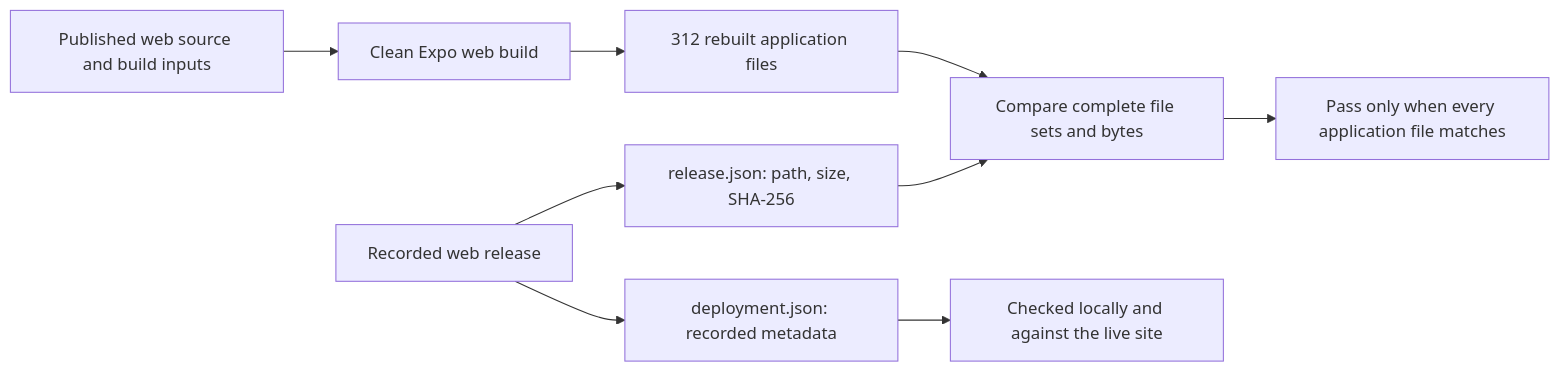
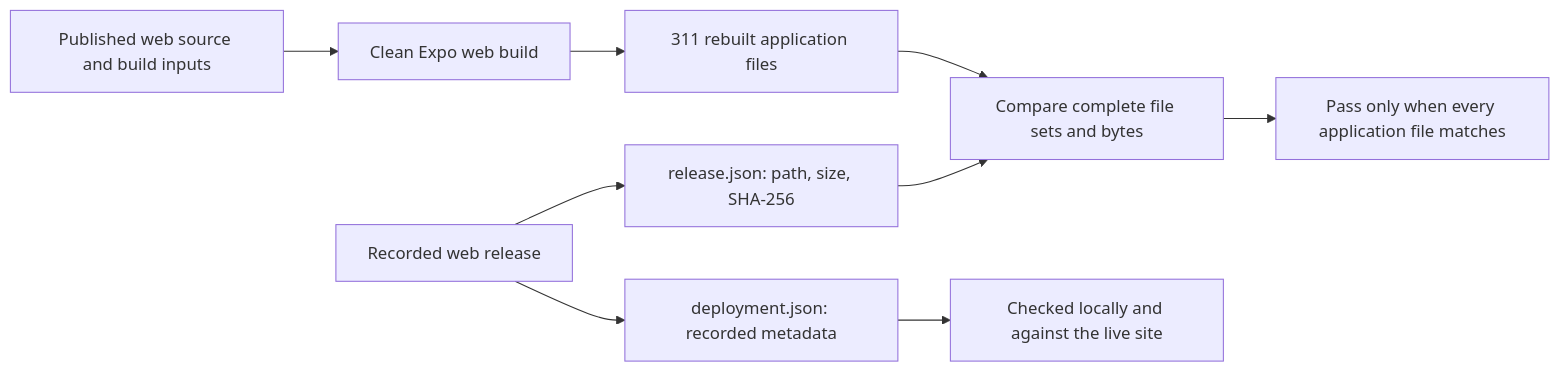
Before and after one commit to nuri-com/nuri-wallet: the first of 5 diagrams in README.md, drawn with Mermaid. The commit also changed other lines of this file and 284 other files, not shown here.

````diff
--- a/README.md
+++ b/README.md
@@ -167,11 +167,11 @@
 ```mermaid
 flowchart LR
     S["Published web source and build inputs"] --> B["Clean Expo web build"]
-    B --> R["312 rebuilt application files"]
+    B --> R["311 rebuilt application files"]
     W["Recorded web release"] --> M["release.json: path, size, SHA-256"]
     R --> C["Compare complete file sets and bytes"]
     M --> C
     W --> D["deployment.json: recorded metadata"]
     D --> L["Checked locally and against the live site"]
     C --> P["Pass only when every application file matches"]
 ```
````
